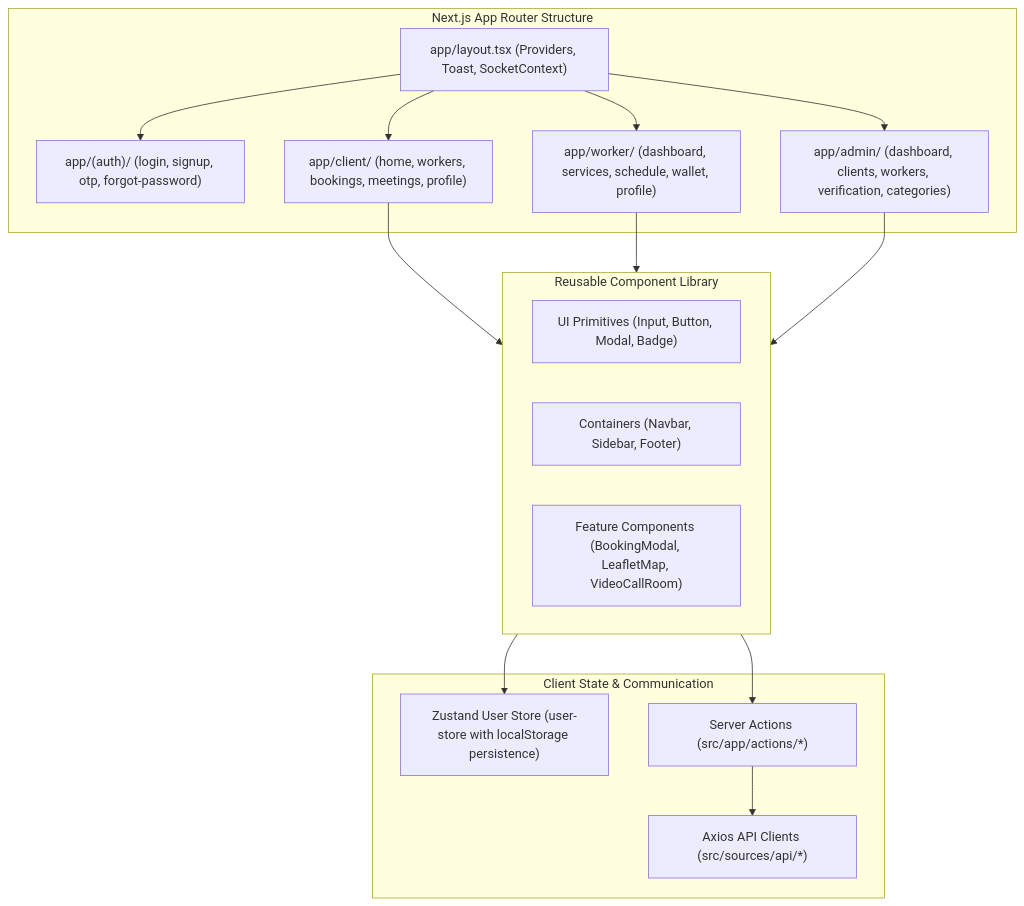
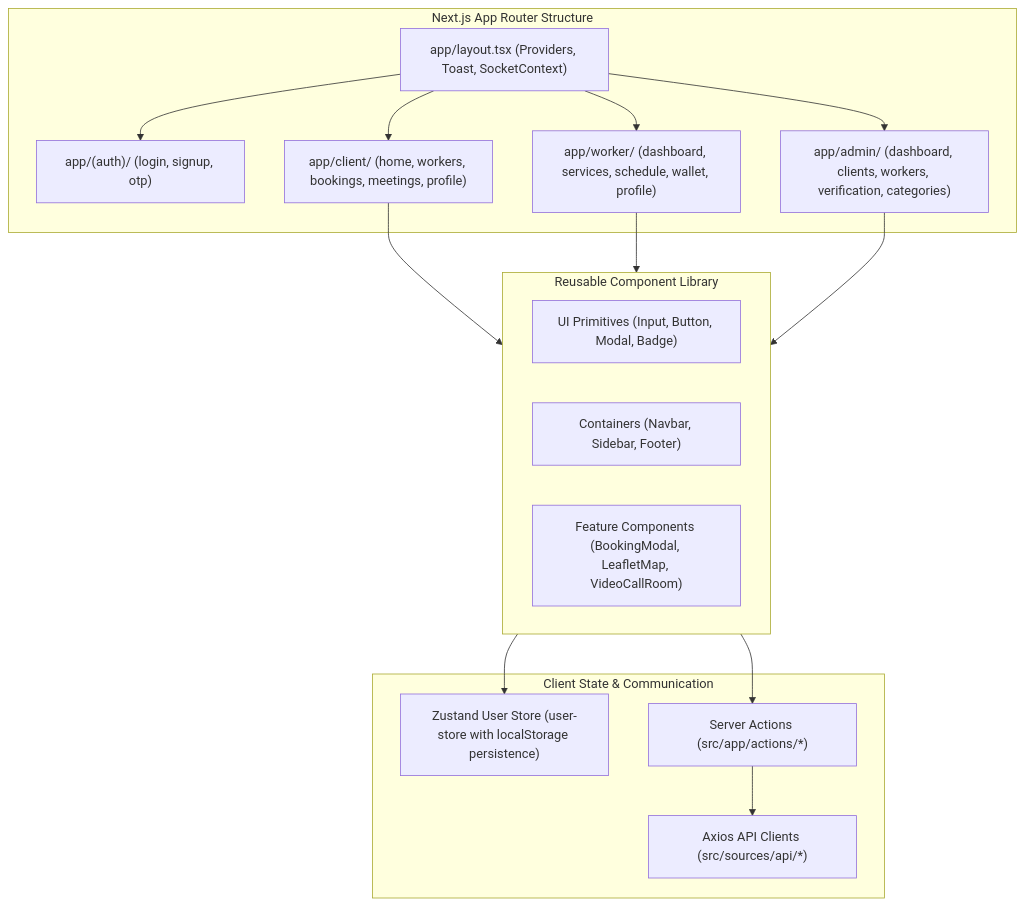
One commit to Adharshs07/Nest-and-Nail changed the third of 16 diagrams in README.md. Above: the diagram before and after it, drawn with Mermaid. The commit also changed other lines of this file, not shown here.

````diff
--- a/README.md
+++ b/README.md
@@ -301,28 +315,28 @@
 ```mermaid
 graph TD
     subgraph Routing["Next.js App Router Structure"]
         RootLayout["app/layout.tsx (Providers, Toast, SocketContext)"]
-        AuthGroup["app/(auth)/ (login, signup, otp, forgot-password)"]
+        AuthGroup["app/(auth)/ (login, signup, otp)"]
         ClientGroup["app/client/ (home, workers, bookings, meetings, profile)"]
         WorkerGroup["app/worker/ (dashboard, services, schedule, wallet, profile)"]
         AdminGroup["app/admin/ (dashboard, clients, workers, verification, categories)"]
     end
 
     subgraph StateAndBFF["Client State & Communication"]
         Zustand["Zustand User Store (user-store with localStorage persistence)"]
         Actions["Server Actions (src/app/actions/*)"]
         APIClients["Axios API Clients (src/sources/api/*)"]
     end
 
     subgraph UIComponents["Reusable Component Library"]
         Atoms["UI Primitives (Input, Button, Modal, Badge)"]
         Containers["Containers (Navbar, Sidebar, Footer)"]
         Features["Feature Components (BookingModal, LeafletMap, VideoCallRoom)"]
     end
 
     RootLayout --> AuthGroup & ClientGroup & WorkerGroup & AdminGroup
     ClientGroup & WorkerGroup & AdminGroup --> UIComponents
     UIComponents --> Zustand
     UIComponents --> Actions
     Actions --> APIClients
 ```
````
